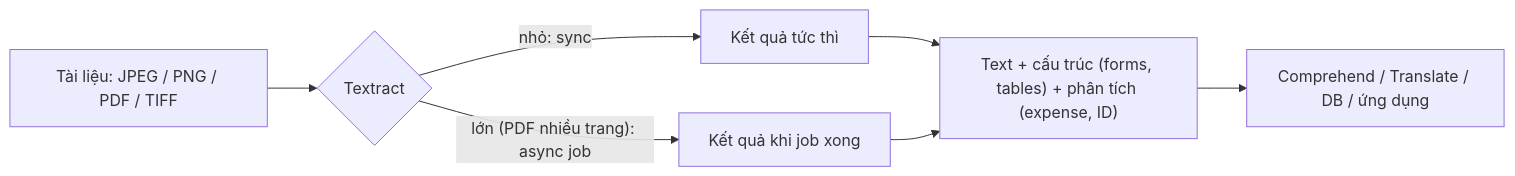
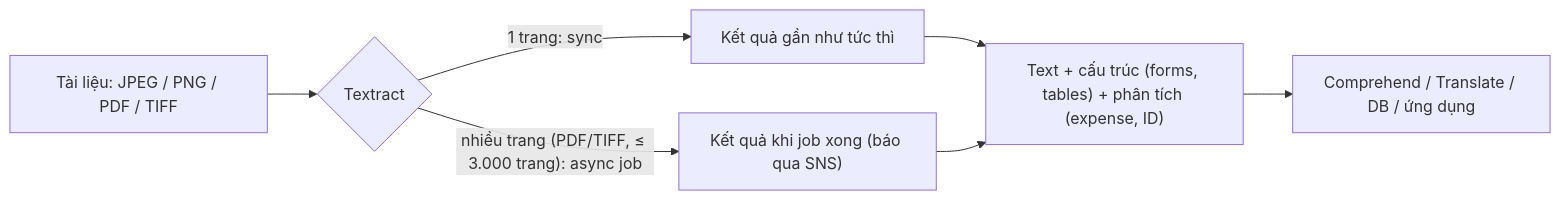
The diagram in data/21 Machine Learning/Textract.md (hairbui76/aws-saa-c03), drawn with Mermaid before and after one commit. The commit also changed other lines of this file and 26 other files, not shown here.

````diff
--- a/data/21 Machine Learning/Textract.md
+++ b/data/21 Machine Learning/Textract.md
@@ -35,9 +37,9 @@
 ```mermaid
 flowchart LR
   D["Tài liệu: JPEG / PNG / PDF / TIFF"] --> T{"Textract"}
-  T -- "nhỏ: sync" --> R1["Kết quả tức thì"]
-  T -- "lớn (PDF nhiều trang): async job" --> R2["Kết quả khi job xong"]
+  T -- "1 trang: sync" --> R1["Kết quả gần như tức thì"]
+  T -- "nhiều trang (PDF/TIFF, ≤ 3.000 trang): async job" --> R2["Kết quả khi job xong (báo qua SNS)"]
   R1 --> O["Text + cấu trúc (forms, tables) + phân tích (expense, ID)"]
   R2 --> O
   O --> C["Comprehend / Translate / DB / ứng dụng"]
 ```
````
